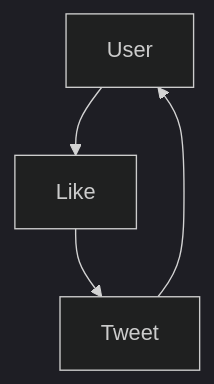
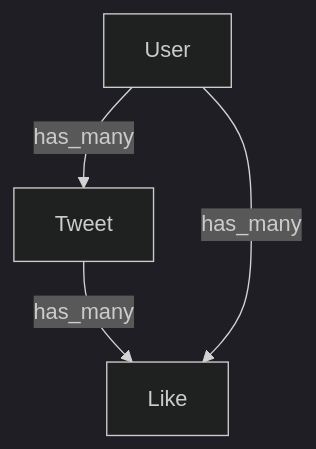
The second of 2 diagrams in rapport_de_projet.md (JasonXenon/twitter), drawn with Mermaid (dark theme) before and after one commit.

````diff
--- a/rapport_de_projet.md
+++ b/rapport_de_projet.md
@@ -11,6 +11,6 @@
 ```mermaid
 graph TD;
-    User-->Like;
-    Like-->Tweet;
-    Tweet-->User;
+    User -- has_many --> Tweet;
+    Tweet -- has_many --> Like;
+    User -- has_many --> Like;
 ```
````
